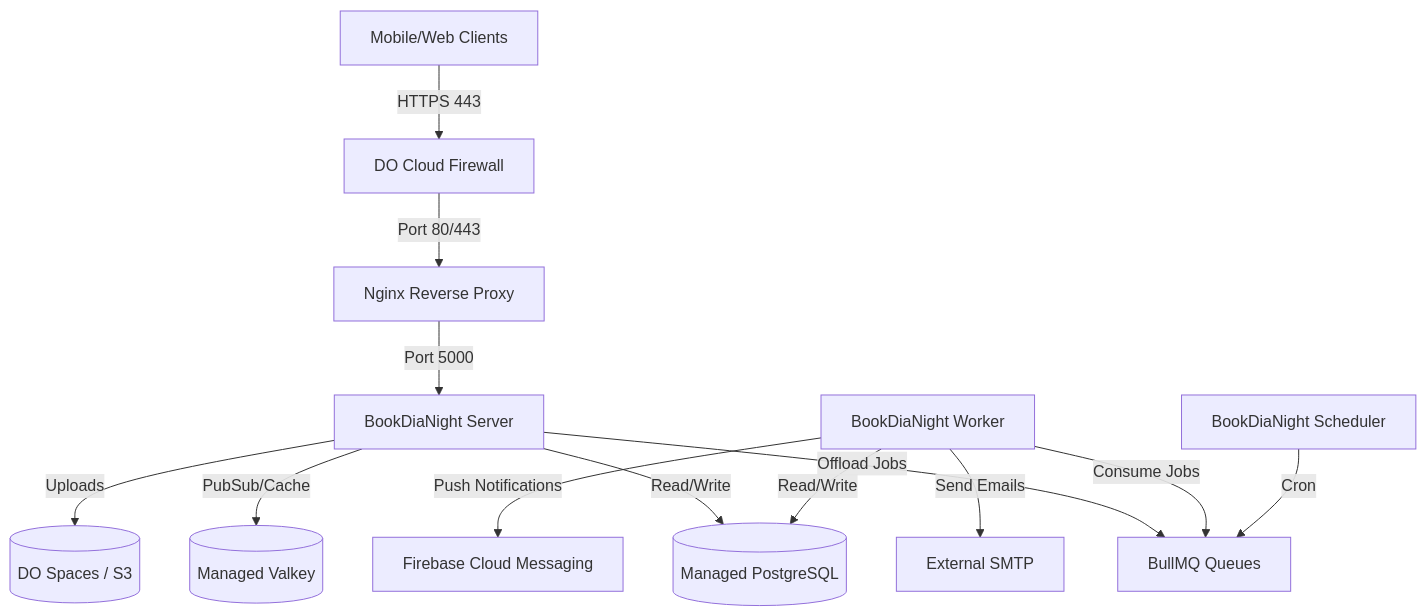
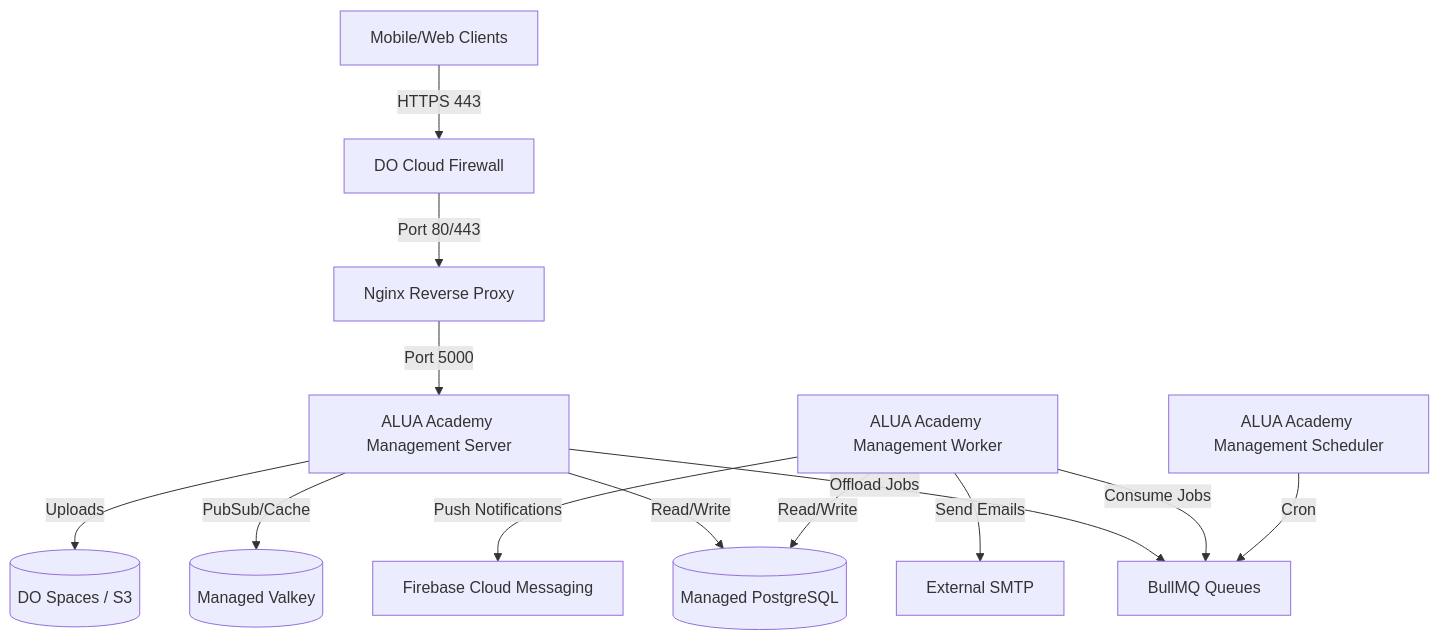
The first of 2 diagrams in docs/architecture.md (Abdullah00001/alua-academy-management), drawn with Mermaid before and after one commit. The commit also changed other lines of this file and 29 other files, not shown here.

Commit message:
refactor: rebrand project references from BookDiaNight to ALUA Academy Management

````diff
--- a/docs/architecture.md
+++ b/docs/architecture.md
@@ -9,19 +9,19 @@
 ```mermaid
 graph TD
     Client[Mobile/Web Clients] -->|HTTPS 443| DO_LB[DO Cloud Firewall]
     DO_LB -->|Port 80/443| Nginx[Nginx Reverse Proxy]
-    Nginx -->|Port 5000| Server[BookDiaNight Server]
+    Nginx -->|Port 5000| Server[ALUA Academy Management Server]
     
     Server -->|Read/Write| Postgres[(Managed PostgreSQL)]
     Server -->|PubSub/Cache| Valkey[(Managed Valkey)]
     Server -->|Offload Jobs| BullMQ[BullMQ Queues]
     
-    Worker[BookDiaNight Worker] -->|Consume Jobs| BullMQ
+    Worker[ALUA Academy Management Worker] -->|Consume Jobs| BullMQ
     Worker -->|Read/Write| Postgres
     Worker -->|Send Emails| SMTP[External SMTP]
     Worker -->|Push Notifications| Firebase[Firebase Cloud Messaging]
     
-    Scheduler[BookDiaNight Scheduler] -->|Cron| BullMQ
+    Scheduler[ALUA Academy Management Scheduler] -->|Cron| BullMQ
     
     Server -->|Uploads| Spaces[(DO Spaces / S3)]
 ```
````
